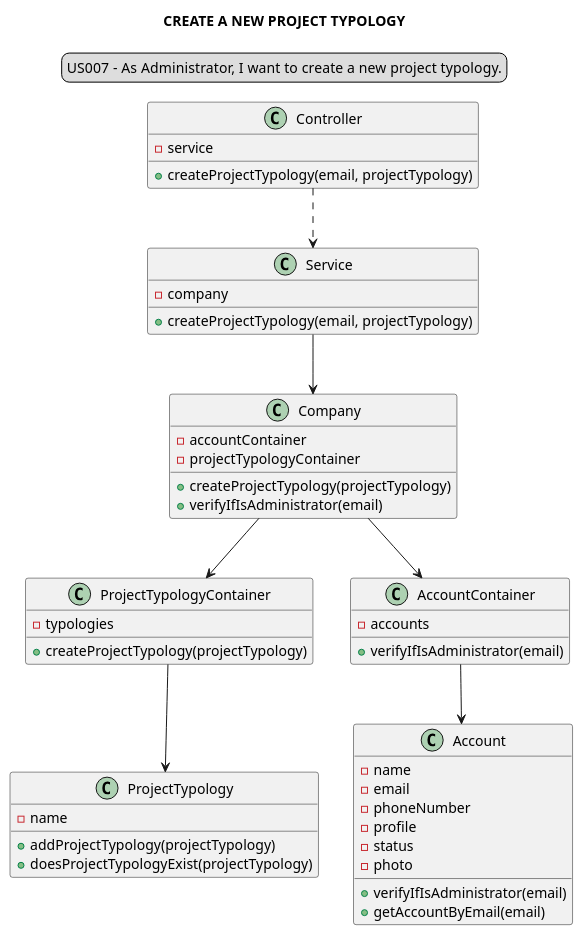
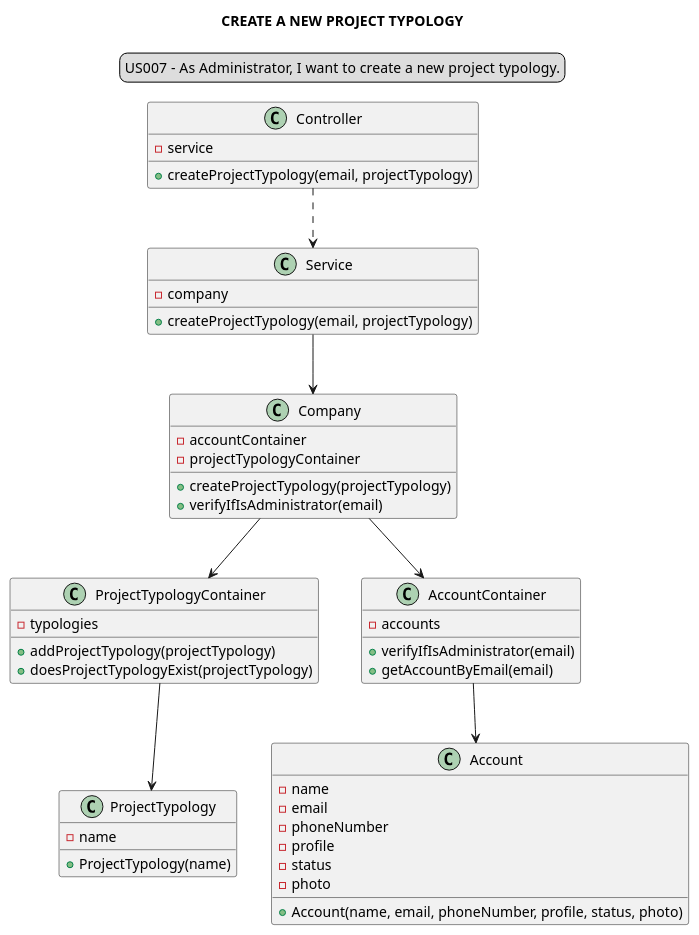
Before and after one commit to Loracline/project_switch_22-23: the diagram in docs/modelling_design/user_stories/us007/US007_classDiagram.puml, drawn with PlantUML.

Commit message:
US 007 : Design : Refinement of class diagram

```diff
--- a/docs/modelling_design/user_stories/us007/US007_classDiagram.puml
+++ b/docs/modelling_design/user_stories/us007/US007_classDiagram.puml
@@ -1,54 +1,54 @@
 @startuml
 
 legend top
 US007 -  As Administrator, I want to create a new project typology.
 end legend
 skinparam sequenceMessageAlign center
 title CREATE A NEW PROJECT TYPOLOGY
 
 "Controller" ..> "Service"
 "Service" --> "Company"
 "Company" --> "ProjectTypologyContainer"
 "Company" --> "AccountContainer"
 "ProjectTypologyContainer" --> "ProjectTypology"
 "AccountContainer" --> "Account"
 
 class "Controller" {
 -service
 +createProjectTypology(email, projectTypology)
 }
 class "Service" {
 -company
 +createProjectTypology(email, projectTypology)
 }
 class "Company" {
 -accountContainer
 -projectTypologyContainer
 +createProjectTypology(projectTypology)
 +verifyIfIsAdministrator(email)
 }
 class "ProjectTypologyContainer"{
 -typologies
-+createProjectTypology(projectTypology)
++addProjectTypology(projectTypology)
++doesProjectTypologyExist(projectTypology)
 }
 class "AccountContainer"{
 -accounts
 +verifyIfIsAdministrator(email)
++getAccountByEmail(email)
 }
 class "ProjectTypology"{
 -name
-+addProjectTypology(projectTypology)
-+doesProjectTypologyExist(projectTypology)
++ProjectTypology(name)
 }
 
 class "Account"{
 -name
 -email
 -phoneNumber
 -profile
 -status
 -photo
-+verifyIfIsAdministrator(email)
-+getAccountByEmail(email)
++Account(name, email, phoneNumber, profile, status, photo)
 }
 @enduml
```
